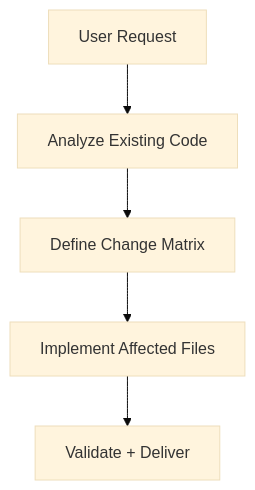
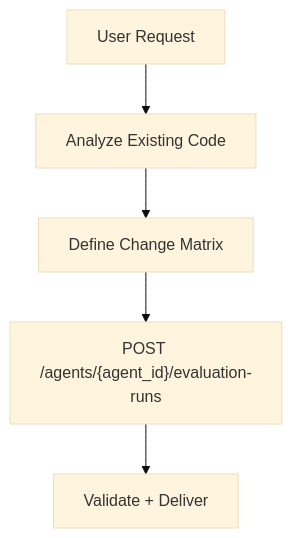
One commit to zata-zhangtao/zata-codes-template changed the diagram in skills/prd/SKILL.md. Above: the diagram before and after it, drawn with Mermaid (base theme). The commit also changed other lines of this file and 5 other files, not shown here.

````diff
--- a/skills/prd/SKILL.md
+++ b/skills/prd/SKILL.md
@@ -165,7 +170,7 @@
 ```mermaid
 flowchart TD
     A[User Request] --> B[Analyze Existing Code]
     B --> C[Define Change Matrix]
-    C --> D[Implement Affected Files]
+    C --> D["POST /agents/{agent_id}/evaluation-runs"]
     D --> E[Validate + Deliver]
 ```
````
